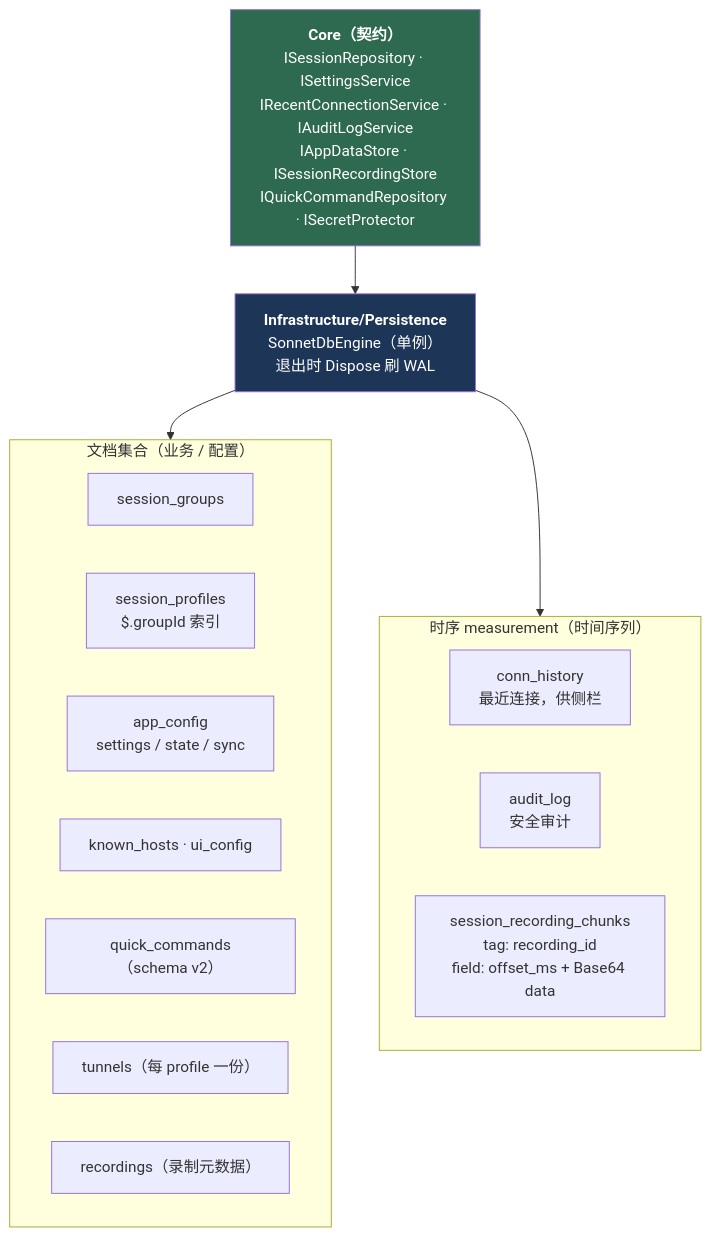
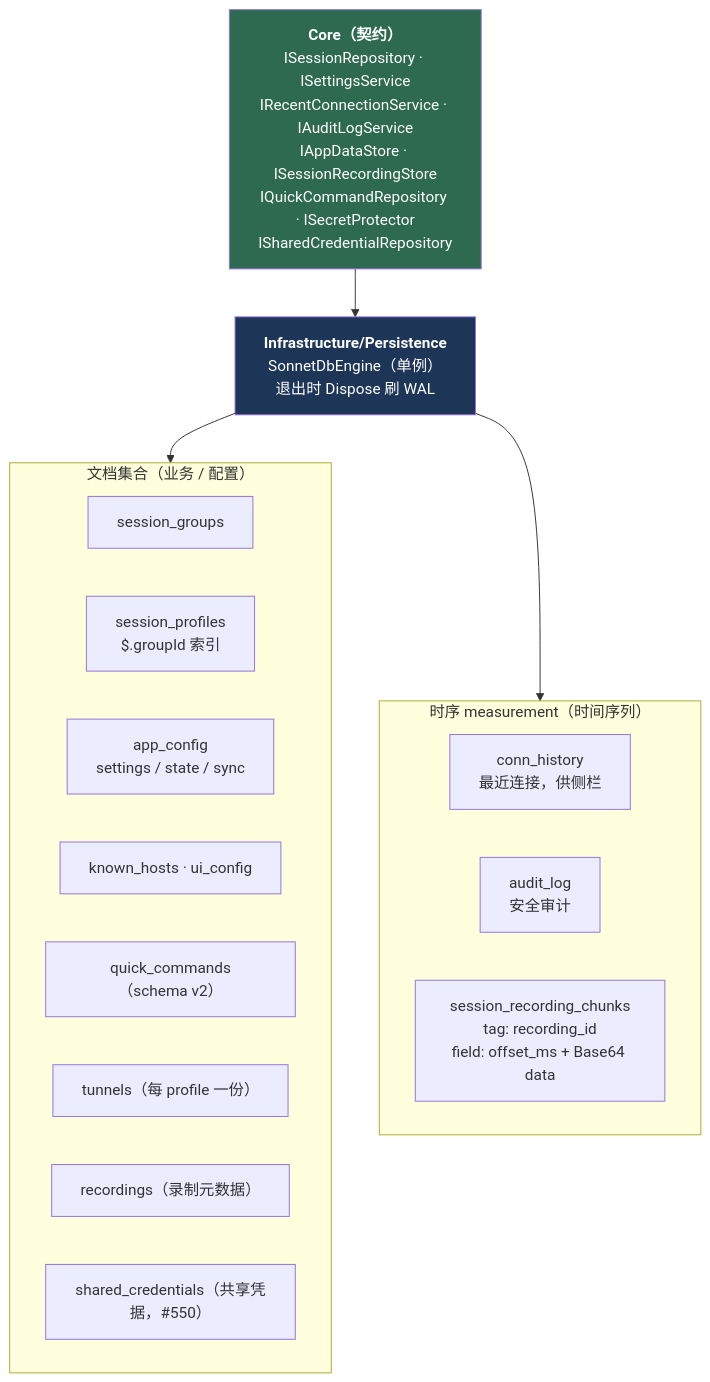
One commit to VelaShellLabs/velashell-docs changed the fourth of 6 diagrams in zh/host/architecture.md. Above: the diagram before and after it, drawn with Mermaid. The commit also changed other lines of this file and 8 other files, not shown here.

````diff
--- a/zh/host/architecture.md
+++ b/zh/host/architecture.md
@@ -324,28 +324,29 @@
 ```mermaid
 graph TD
-    I1["<b>Core（契约）</b><br/>ISessionRepository · ISettingsService<br/>IRecentConnectionService · IAuditLogService<br/>IAppDataStore · ISessionRecordingStore<br/>IQuickCommandRepository · ISecretProtector"]
+    I1["<b>Core（契约）</b><br/>ISessionRepository · ISettingsService<br/>IRecentConnectionService · IAuditLogService<br/>IAppDataStore · ISessionRecordingStore<br/>IQuickCommandRepository · ISecretProtector<br/>ISharedCredentialRepository"]
     E["<b>Infrastructure/Persistence</b><br/>SonnetDbEngine（单例）<br/>退出时 Dispose 刷 WAL"]
 
     subgraph Doc["文档集合（业务 / 配置）"]
         D1["session_groups"]
         D2["session_profiles<br/>$.groupId 索引"]
         D3["app_config<br/>settings / state / sync"]
         D4["known_hosts · ui_config"]
         D5["quick_commands（schema v2）"]
         D6["tunnels（每 profile 一份）"]
         D7["recordings（录制元数据）"]
+        D8["shared_credentials（共享凭据，#550）"]
     end
 
     subgraph TS["时序 measurement（时间序列）"]
         T1["conn_history<br/>最近连接，供侧栏"]
         T2["audit_log<br/>安全审计"]
         T3["session_recording_chunks<br/>tag: recording_id<br/>field: offset_ms + Base64 data"]
     end
 
     I1 --> E
     E --> Doc
     E --> TS
 
     style I1 fill:#2d6a4f,color:#fff
     style E fill:#1d3557,color:#fff
 ```
````
